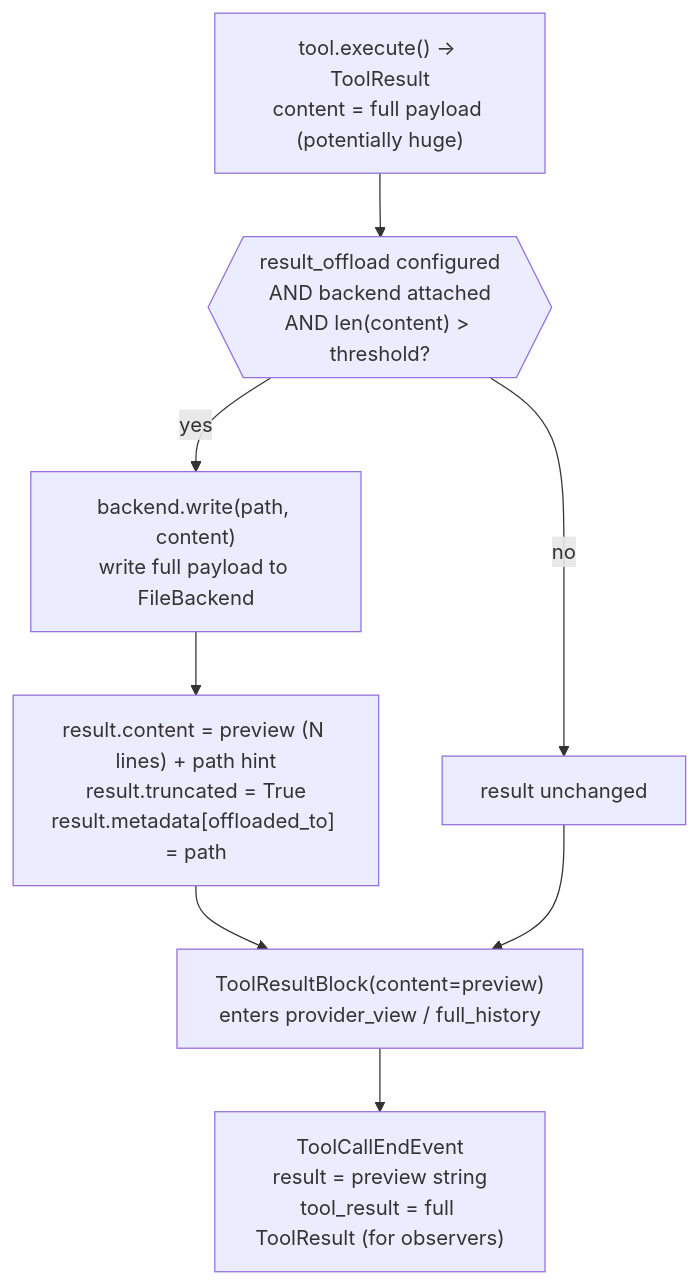
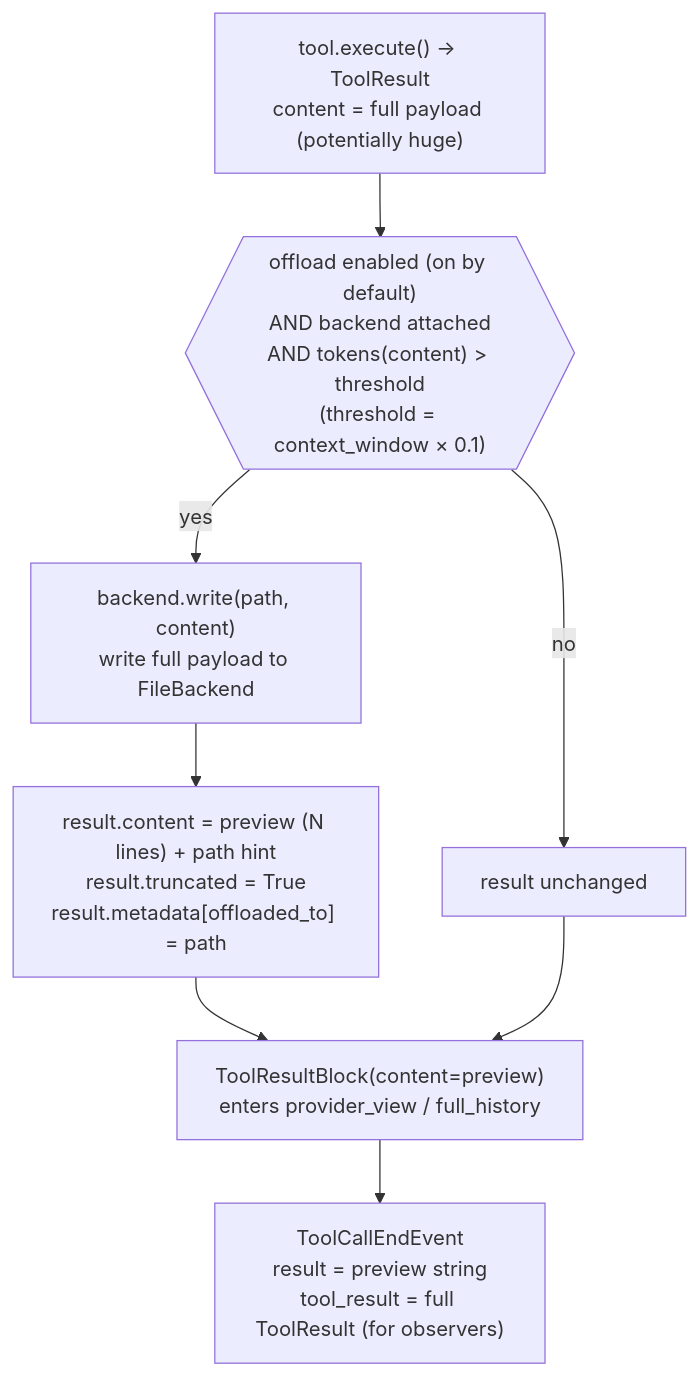
The tenth of 14 diagrams in docs/architecture.md (DuyTa506/linch), drawn with Mermaid before and after one commit. The commit also changed other lines of this file and 46 other files, not shown here.

````diff
--- a/docs/architecture.md
+++ b/docs/architecture.md
@@ -413,18 +414,18 @@
 ```mermaid
 flowchart TD
     EXEC["tool.execute() → ToolResult\ncontent = full payload (potentially huge)"]
 
-    OFFLOAD{{"result_offload configured\nAND backend attached\nAND len(content) > threshold?"}}
+    OFFLOAD{{"offload enabled (on by default)\nAND backend attached\nAND tokens(content) > threshold\n(threshold = context_window × 0.1)"}}
 
     WRITE["backend.write(path, content)\nwrite full payload to FileBackend"]
     REPLACE["result.content = preview (N lines) + path hint\nresult.truncated = True\nresult.metadata[offloaded_to] = path"]
     PASSTHROUGH["result unchanged"]
 
     BLOCK["ToolResultBlock(content=preview)\nenters provider_view / full_history"]
     EVENT["ToolCallEndEvent\nresult = preview string\ntool_result = full ToolResult (for observers)"]
 
     EXEC --> OFFLOAD
     OFFLOAD -->|"yes"| WRITE --> REPLACE --> BLOCK
     OFFLOAD -->|"no"| PASSTHROUGH --> BLOCK
     BLOCK --> EVENT
 ```
````
